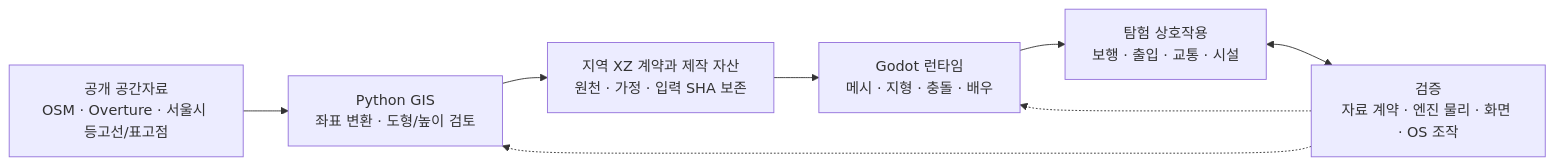
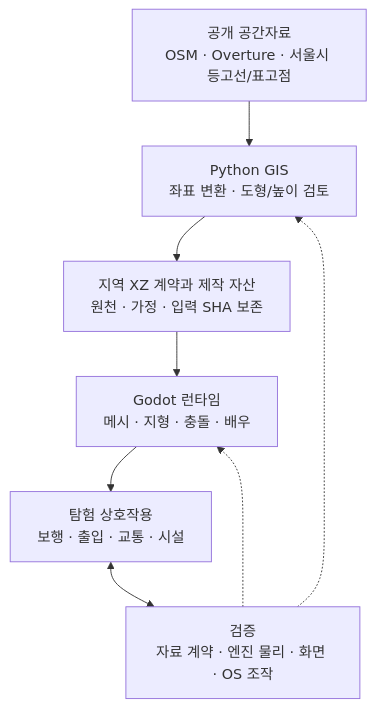
Before and after one commit to codemillss/Sim2Seoul: the diagram in docs/ENGINEERING.md, drawn with Mermaid. The commit also changed 3 other files, not shown here.

Commit message:
docs: improve architecture diagram readability on GitHub

````diff
--- a/docs/ENGINEERING.md
+++ b/docs/ENGINEERING.md
@@ -9,10 +9,10 @@
 ```mermaid
-flowchart LR
+flowchart TB
     S["공개 공간자료<br/>OSM · Overture · 서울시 등고선/표고점"] --> G["Python GIS<br/>좌표 변환 · 도형/높이 검토"]
     G --> D["지역 XZ 계약과 제작 자산<br/>원천 · 가정 · 입력 SHA 보존"]
     D --> R["Godot 런타임<br/>메시 · 지형 · 충돌 · 배우"]
     R --> I["탐험 상호작용<br/>보행 · 출입 · 교통 · 시설"]
     I <--> V["검증<br/>자료 계약 · 엔진 물리 · 화면 · OS 조작"]
     V -.-> G
     V -.-> R
 ```
````
